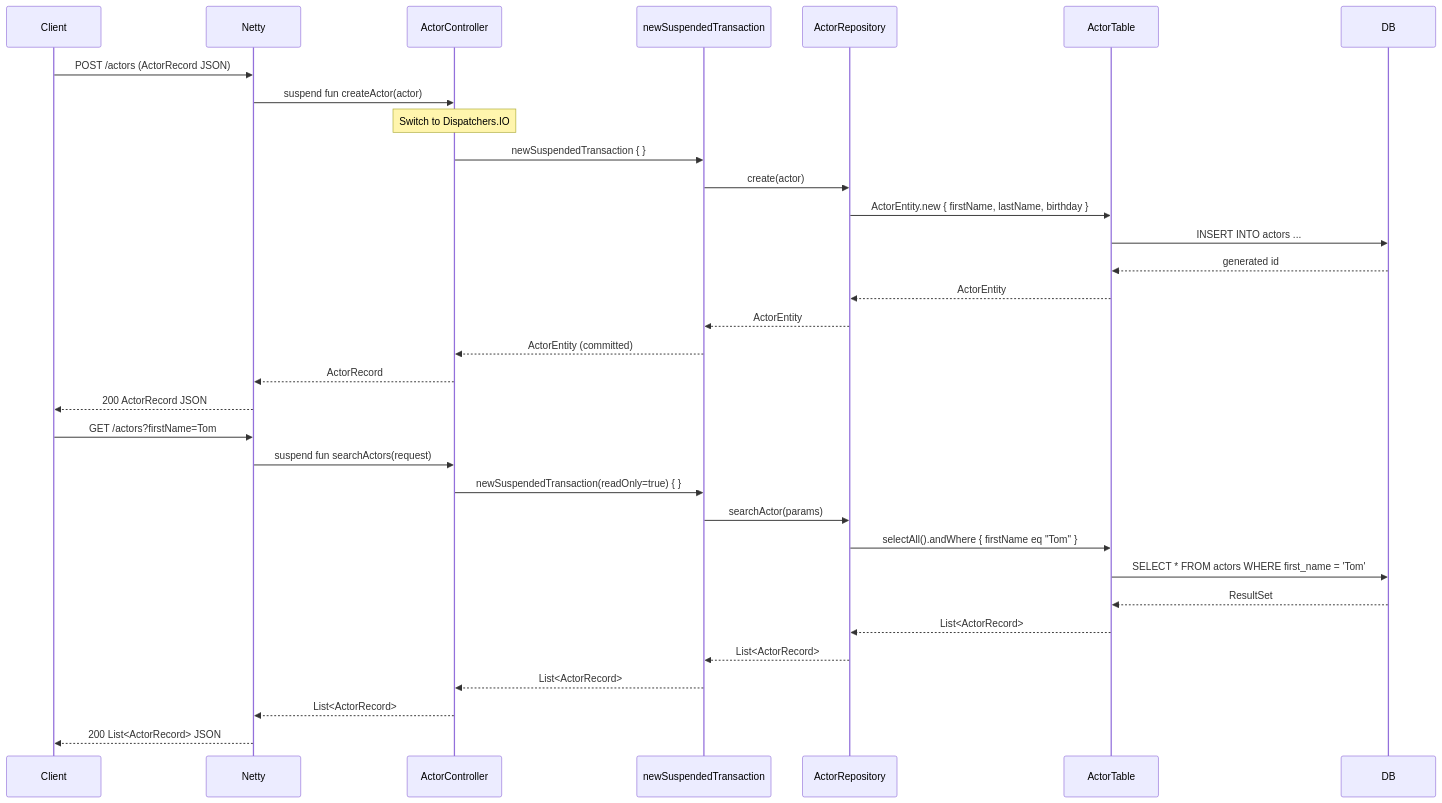
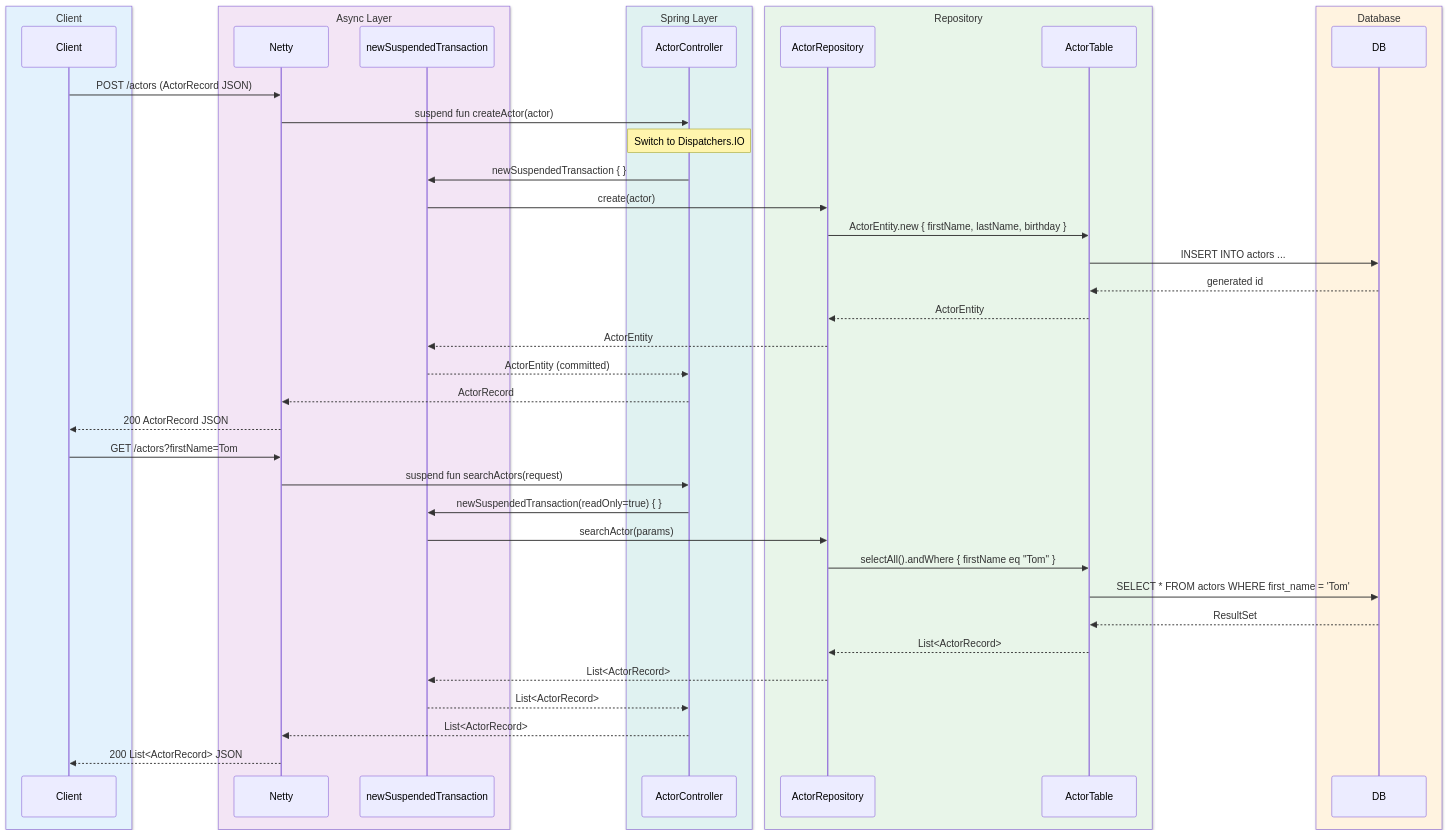
Before and after one commit to bluetape4k/exposed-workshop: the second of 3 diagrams in 01-spring-boot/spring-webflux-exposed/README.md, drawn with Mermaid. The commit also changed 43 other files, not shown here.

First line of the commit message:
docs: sequence diagram에 box rgb() 파스텔 영역 적용

````diff
--- a/01-spring-boot/spring-webflux-exposed/README.md
+++ b/01-spring-boot/spring-webflux-exposed/README.md
@@ -198,38 +198,48 @@
 ```mermaid
-%%{init: {"theme": "neutral", "themeVariables": {"fontFamily": "'Comic Mono', 'goorm sans code', 'JetBrains Mono', 'goorm sans'", "actorBkg": "#E3F2FD", "actorBorder": "#90CAF9", "actorTextColor": "#1565C0", "actorLineColor": "#90CAF9", "activationBkgColor": "#E8F5E9", "activationBorderColor": "#A5D6A7", "labelBoxBkgColor": "#FFF3E0", "labelBoxBorderColor": "#FFCC80", "labelTextColor": "#E65100", "loopTextColor": "#6A1B9A", "noteBkgColor": "#F3E5F5", "noteBorderColor": "#CE93D8", "noteTextColor": "#6A1B9A", "signalColor": "#1565C0", "signalTextColor": "#1565C0"}}}%%
+%%{init: {"theme": "neutral", "themeVariables": {"fontFamily": "'Comic Mono', 'goorm sans code', 'JetBrains Mono', 'goorm sans'"}}}%%
 sequenceDiagram
-    participant Client
-    participant Netty
-    participant ActorController
-    participant newSuspendedTransaction
-    participant ActorRepository
-    participant ActorTable
-    participant DB
+    box rgb(227, 242, 253) Client
+        participant Client
+    end
+    box rgb(243, 229, 245) Async Layer
+        participant Netty
+        participant newSuspendedTransaction
+    end
+    box rgb(224, 242, 241) Spring Layer
+        participant ActorController
+    end
+    box rgb(232, 245, 233) Repository
+        participant ActorRepository
+        participant ActorTable
+    end
+    box rgb(255, 243, 224) Database
+        participant DB
+    end
 
     Client->>Netty: POST /actors (ActorRecord JSON)
     Netty->>ActorController: suspend fun createActor(actor)
     Note over ActorController: Switch to Dispatchers.IO
     ActorController->>newSuspendedTransaction: newSuspendedTransaction { }
     newSuspendedTransaction->>ActorRepository: create(actor)
     ActorRepository->>ActorTable: ActorEntity.new { firstName, lastName, birthday }
     ActorTable->>DB: INSERT INTO actors ...
     DB-->>ActorTable: generated id
     ActorTable-->>ActorRepository: ActorEntity
     ActorRepository-->>newSuspendedTransaction: ActorEntity
     newSuspendedTransaction-->>ActorController: ActorEntity (committed)
     ActorController-->>Netty: ActorRecord
     Netty-->>Client: 200 ActorRecord JSON
 
     Client->>Netty: GET /actors?firstName=Tom
     Netty->>ActorController: suspend fun searchActors(request)
     ActorController->>newSuspendedTransaction: newSuspendedTransaction(readOnly=true) { }
     newSuspendedTransaction->>ActorRepository: searchActor(params)
     ActorRepository->>ActorTable: selectAll().andWhere { firstName eq "Tom" }
     ActorTable->>DB: SELECT * FROM actors WHERE first_name = 'Tom'
     DB-->>ActorTable: ResultSet
     ActorTable-->>ActorRepository: List<ActorRecord>
     ActorRepository-->>newSuspendedTransaction: List<ActorRecord>
     newSuspendedTransaction-->>ActorController: List<ActorRecord>
     ActorController-->>Netty: List<ActorRecord>
     Netty-->>Client: 200 List<ActorRecord> JSON
 ```
````
